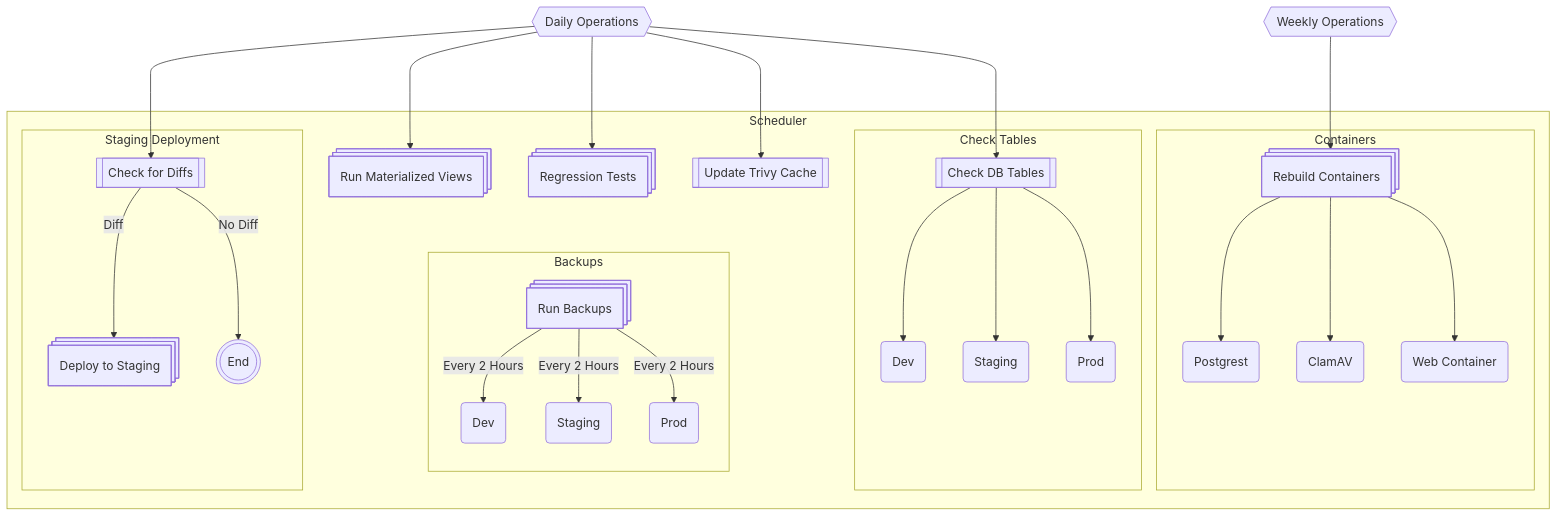
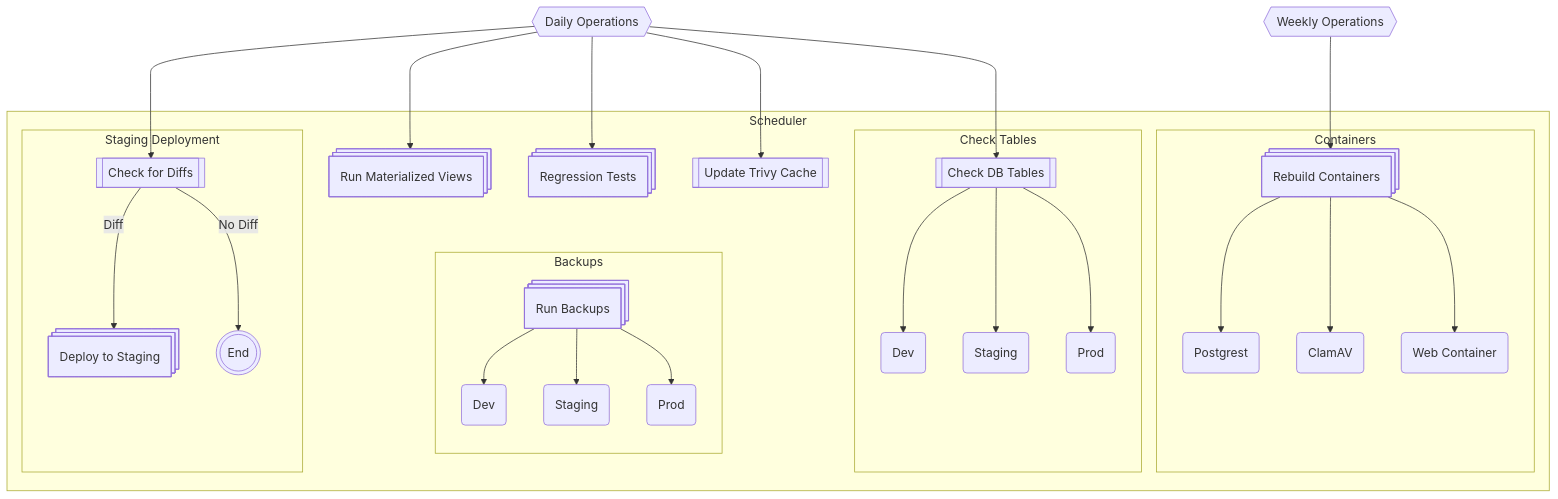
The sixth of 6 diagrams in docs/ci-cd-operations.md (GSA-TTS/FAC), drawn with Mermaid before and after one commit. The commit also changed other lines of this file, not shown here.

````diff
--- a/docs/ci-cd-operations.md
+++ b/docs/ci-cd-operations.md
@@ -186,31 +190,31 @@
 ```mermaid
 flowchart TB
     X{{Daily Operations}} ---> C & E & F & A & N
     Y{{Weekly Operations}} ---> G
     subgraph Scheduler
     C@{ shape: processes, label: "Run Materialized Views" }
     E@{ shape: processes, label: "Regression Tests" }
     F@{ shape: subprocess, label: "Update Trivy Cache" }
     subgraph Containers
     G@{ shape: processes, label: "Rebuild Containers" }
     G --> Q(Postgrest)
     G --> R(ClamAV)
     G --> S(Web Container)
     end
     subgraph Check Tables
     A@{ shape: subprocess, label: "Check DB Tables" }
     A --> H(Dev) & I(Staging) & J(Prod)
     end
     subgraph Backups
     direction TB
     B@{ shape: processes, label: "Run Backups" }
-    B -- Every 2 Hours --> K(Dev) & L(Staging) & M(Prod)
+    B --> K(Dev) & L(Staging) & M(Prod)
     end
     subgraph Staging Deployment
     N@{ shape: subprocess, label: "Check for Diffs" }
     D@{ shape: processes, label: "Deploy to Staging" }
     N -- Diff --> D
     N -- No Diff--> P@{ shape: dbl-circ, label: "End" }
     end
     end
 ```
````
